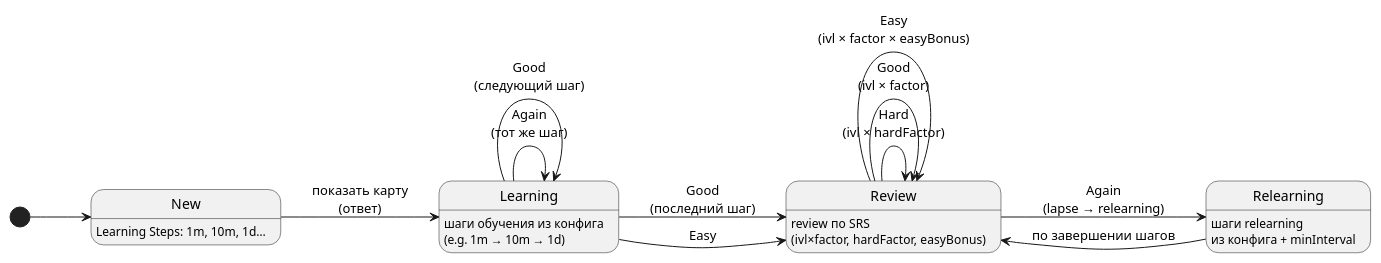
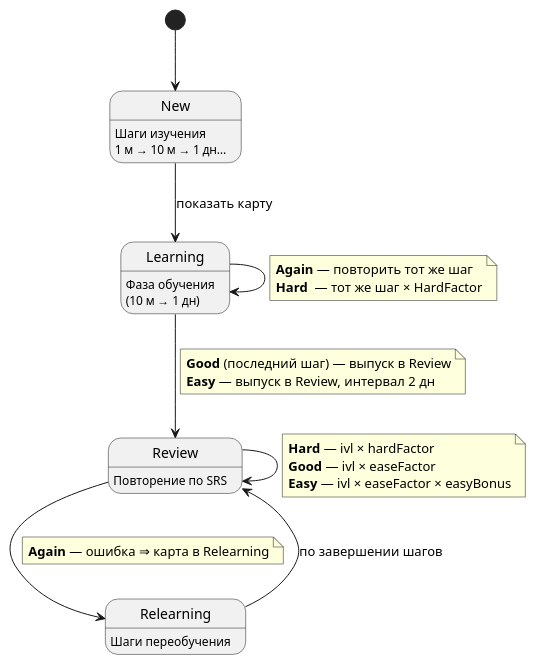
One commit to darik-cell/diplom changed the first of 7 diagrams in flashcards/dgrm.puml. Above: the diagram before and after it, drawn with PlantUML. The commit also changed other lines of this file and 9 other files, not shown here.

```diff
--- a/flashcards/dgrm.puml
+++ b/flashcards/dgrm.puml
@@ -49,48 +1,53 @@
 @startuml
-' Горизонтальная ориентация диаграммы
-left to right direction
+!pragma layout smetana                       ' горизонтальная ориентация
 
-' Настройка цветов для стереотипов состояний
-skinparam state<<New>> BackgroundColor LightBlue
-skinparam state<<Learning>> BackgroundColor LightYellow
-skinparam state<<Review>> BackgroundColor LightGreen
+'‑‑‑ Цвета состояний
+skinparam state<<New>>        BackgroundColor LightBlue
+skinparam state<<Learning>>   BackgroundColor LightYellow
+skinparam state<<Review>>     BackgroundColor LightGreen
 skinparam state<<Relearning>> BackgroundColor LightSalmon
 
-' Псевдостейт «старт»
 [*] --> New
 
 state New <<New>>
-New : Learning Steps: 1m, 10m, 1d…
-' Состояние New (новая карта)
+New : Шаги изучения\n1 м → 10 м → 1 дн…
 
-' Переход в первую фазу обучения
-New --> Learning : показать карту\n(ответ)
-
-' Состояние Learning (фаза обучения)
+New --> Learning : показать карту
 
 state Learning <<Learning>>
-Learning : шаги обучения из конфига\n(e.g. 1m → 10m → 1d)
-' Внутренние переходы Learning
-Learning --> Learning : Again\n(тот же шаг)
-Learning --> Learning : Good\n(следующий шаг)
-Learning --> Review   : Good\n(последний шаг)
-Learning --> Review   : Easy
+Learning : Фаза обучения\n(10 м → 1 дн)
 
-' Состояние Review (повторение)
+' ——— переходы внутри Learning ———
+Learning --> Learning
+note on link
+  **Again** — повторить тот же шаг
+  **Hard**  — тот же шаг × HardFactor
+end note
+
+Learning --> Review
+note on link
+  **Good** (последний шаг) — выпуск в Review
+  **Easy** — выпуск в Review, интервал 2 дн
+end note
+
 state Review <<Review>>
-Review : review по SRS\n(ivl×factor, hardFactor, easyBonus)
+Review : Повторение по SRS
 
-' Переходы Review
-Review --> Review     : Hard\n(ivl × hardFactor)
-Review --> Review     : Good\n(ivl × factor)
-Review --> Review     : Easy\n(ivl × factor × easyBonus)
-Review --> Relearning : Again\n(lapse → relearning)
+' ——— переходы внутри Review ———
+Review --> Review
+note on link
+  **Hard** — ivl × hardFactor
+  **Good** — ivl × easeFactor
+  **Easy** — ivl × easeFactor × easyBonus
+end note
 
-' Состояние Relearning (переобучение)
+Review --> Relearning
+note on link
+  **Again** — ошибка ⇒ карта в Relearning
+end note
+
 state Relearning <<Relearning>>
-Relearning : шаги relearning\nиз конфига + minInterval
+Relearning : Шаги переобучения
 
-' Возврат в Review после переобучения
 Relearning --> Review : по завершении шагов
-
 @enduml
```
